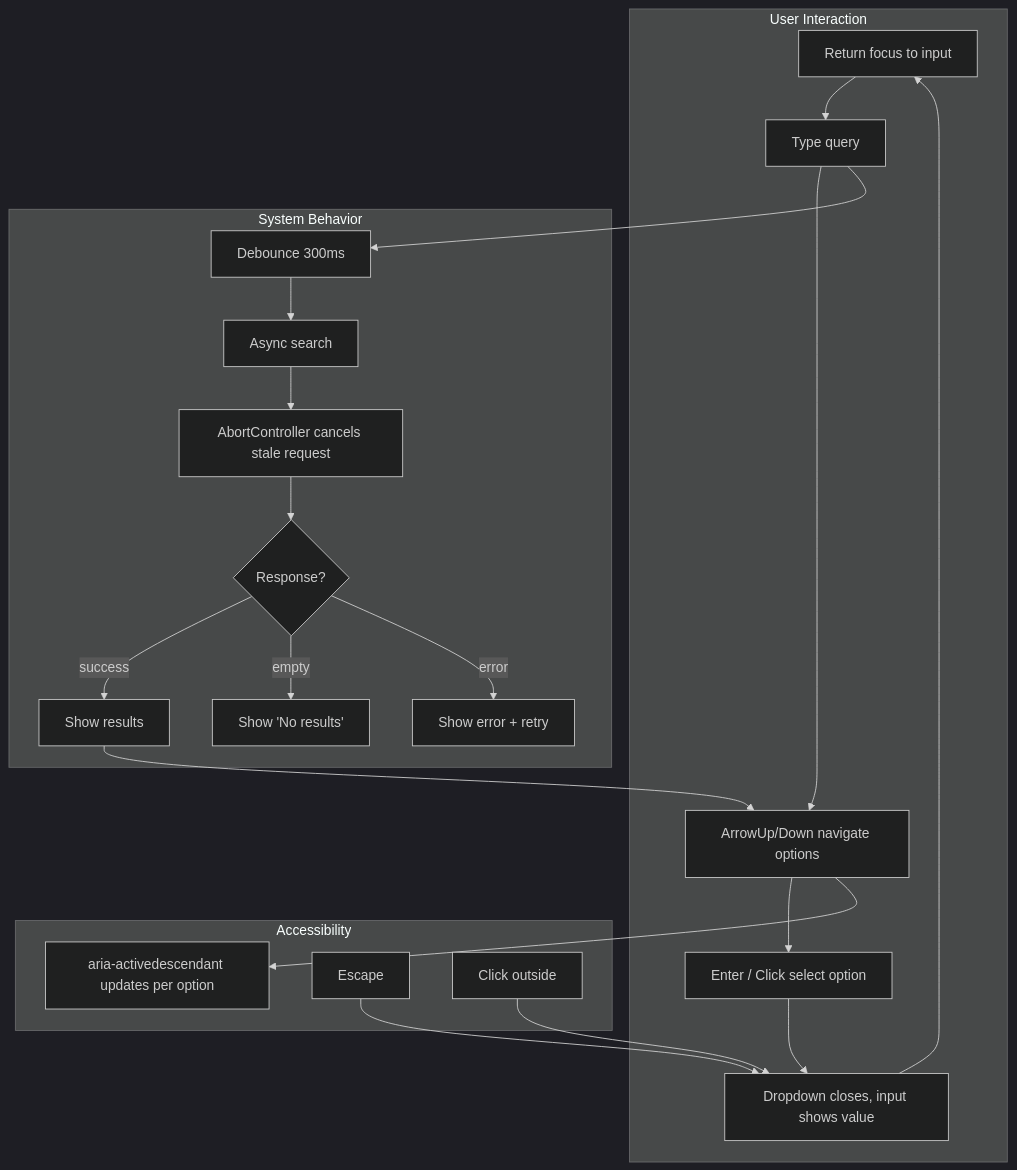
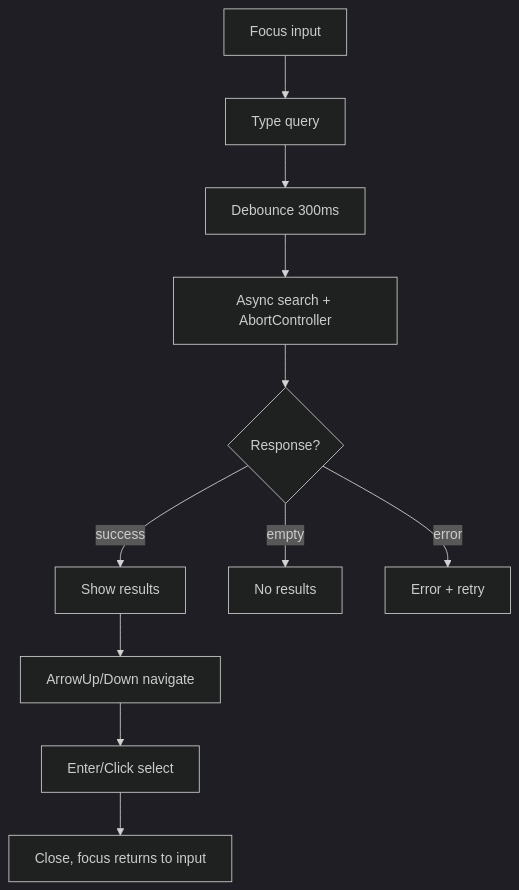
One commit to ashishxcode/frontend-internals changed the diagram in packages/content/content/29-react-machine-coding.mdx. Above: the diagram before and after it, drawn with Mermaid (dark theme). The commit also changed other lines of this file and 34 other files, not shown here.

````diff
--- a/packages/content/content/29-react-machine-coding.mdx
+++ b/packages/content/content/29-react-machine-coding.mdx
@@ -42,25 +27,13 @@
 ```mermaid
 flowchart TB
-  subgraph User["User Interaction"]
-    Focus["Focus input"] --> Type["Type query"]
-    Type --> Nav["ArrowUp/Down navigate options"]
-    Nav --> Select["Enter / Click select option"]
-    Select --> Close["Dropdown closes, input shows value"]
-  end
-  subgraph System["System Behavior"]
-    Type --> Debounce["Debounce 300ms"]
-    Debounce --> Async["Async search"]
-    Async --> Cancel["AbortController cancels stale request"]
-    Cancel --> Resolve{"Response?"}
-    Resolve -->|"success"| Show["Show results"]
-    Resolve -->|"empty"| Empty["Show 'No results'"]
-    Resolve -->|"error"| Error["Show error + retry"]
-  end
-  subgraph A11y["Accessibility"]
-    Nav --> Aria["aria-activedescendant updates per option"]
-    Close --> Focus["Return focus to input"]
-    Key["Escape"] --> Close
-    Outside["Click outside"] --> Close
-  end
-  Show --> Nav
+  Focus["Focus input"] --> Type["Type query"]
+  Type --> Debounce["Debounce 300ms"]
+  Debounce --> Async["Async search + AbortController"]
+  Async --> Result{"Response?"}
+  Result -->|success| Show["Show results"]
+  Result -->|empty| Empty["No results"]
+  Result -->|error| Error["Error + retry"]
+  Show --> Nav["ArrowUp/Down navigate"]
+  Nav --> Select["Enter/Click select"]
+  Select --> Close["Close, focus returns to input"]
 ```
````
